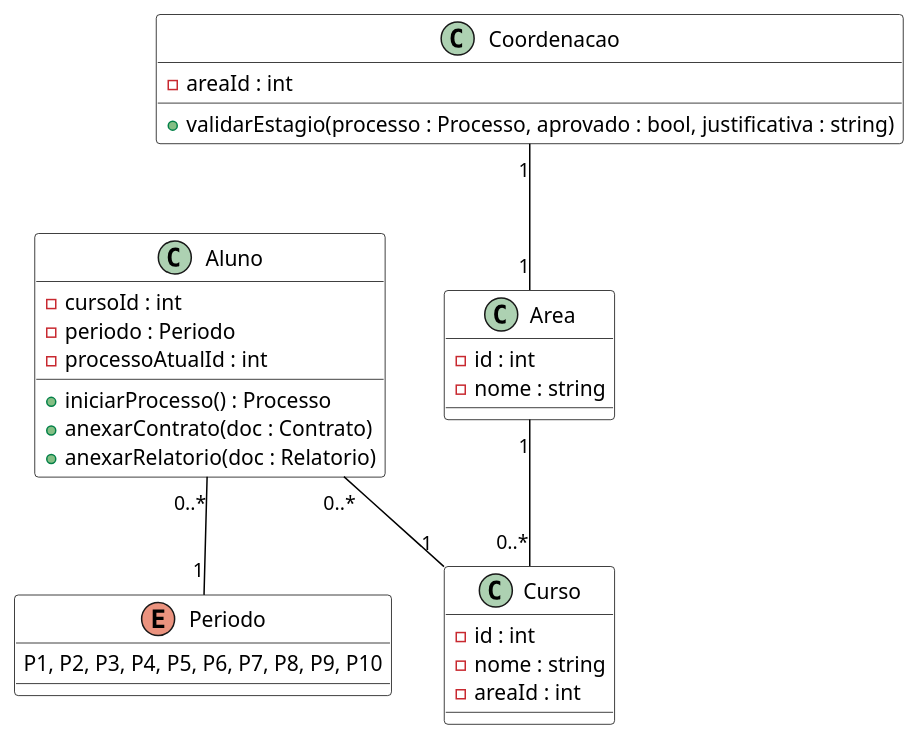
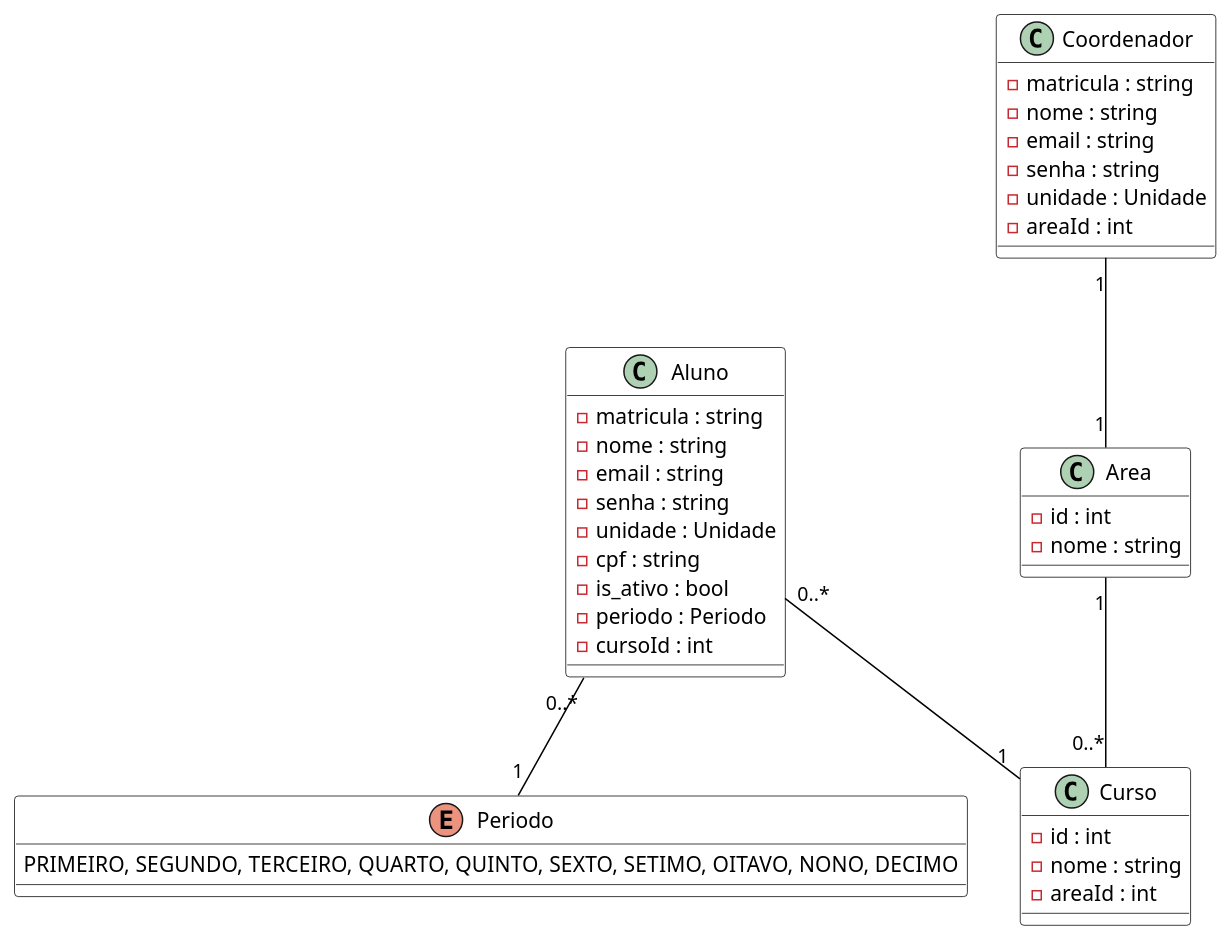
The diagram in docs/assets/Diagramas/src/diagrama_classes_academico.puml (Projetos-de-Extensao/PBE_26.1_8002_III), drawn with PlantUML before and after one commit. The commit also changed 7 other files, not shown here.

```diff
--- a/docs/assets/Diagramas/src/diagrama_classes_academico.puml
+++ b/docs/assets/Diagramas/src/diagrama_classes_academico.puml
@@ -1,50 +1,57 @@
 @startuml
 
 ' --- Estilos ---
 skinparam class {
     BackgroundColor White
     ArrowColor Black
     BorderColor Black
 }
 
 ' --- Enums ---
 enum Periodo {
-    P1, P2, P3, P4, P5, P6, P7, P8, P9, P10
+    PRIMEIRO, SEGUNDO, TERCEIRO, QUARTO, QUINTO, SEXTO, SETIMO, OITAVO, NONO, DECIMO
 }
 
 ' --- Classes da Estrutura Acadêmica ---
 class Aluno {
+    - matricula : string
+    - nome : string
+    - email : string
+    - senha : string
+    - unidade : Unidade
+    - cpf : string
+    - is_ativo : bool
+    - periodo : Periodo
     - cursoId : int
-    - periodo : Periodo
-    - processoAtualId : int
-    + iniciarProcesso() : Processo
-    + anexarContrato(doc : Contrato)
-    + anexarRelatorio(doc : Relatorio)
 }
 
 class Curso {
     - id : int
     - nome : string
     - areaId : int
 }
 
 class Area {
     - id : int
     - nome : string
 }
 
-class Coordenacao {
+class Coordenador {
+    - matricula : string
+    - nome : string
+    - email : string
+    - senha : string
+    - unidade : Unidade
     - areaId : int
-    + validarEstagio(processo : Processo, aprovado : bool, justificativa : string)
 }
 
 ' --- Relacionamentos ---
 ' Um aluno pertence a um curso e período
 Aluno "0..*" -- "1" Curso
 Aluno "0..*" -- "1" Periodo
 
 ' Hierarquia de Curso e Área
 Area "1" -- "0..*" Curso
-Coordenacao "1" -- "1" Area
+Coordenador "1" -- "1" Area
 
 @enduml
```
